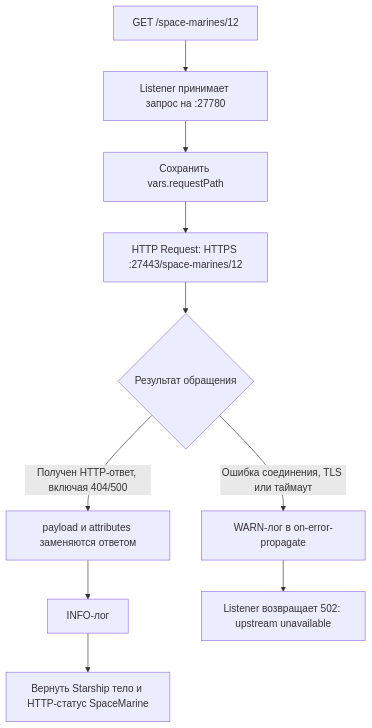
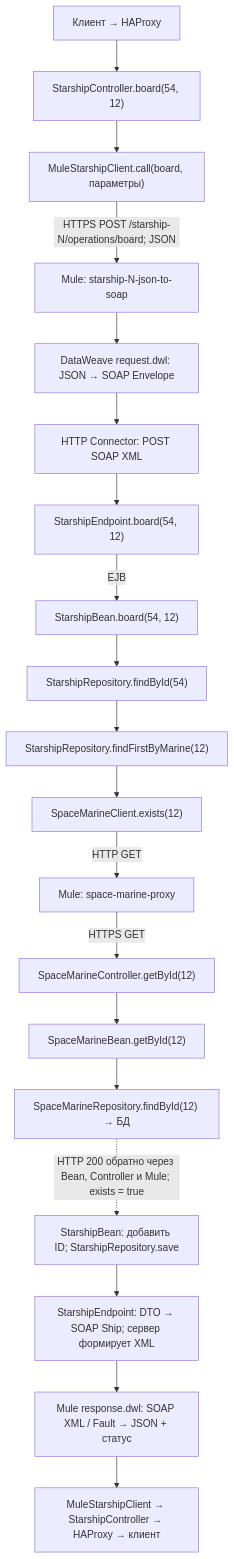
The second of 2 diagrams in README-LAB4-INTERACTION.md (arekalov/soa-labs), drawn with Mermaid before and after one commit. The commit also changed other lines of this file and 19 other files, not shown here.

Commit message:
Move Starship JSON SOAP transformations into Mule

````diff
--- a/README-LAB4-INTERACTION.md
+++ b/README-LAB4-INTERACTION.md
@@ -40,12 +29,21 @@
 ```mermaid
 flowchart TD
-    A["GET /space-marines/12"] --> B["Listener принимает запрос на :27780"]
-    B --> C["Сохранить vars.requestPath"]
-    C --> D["HTTP Request: HTTPS :27443/space-marines/12"]
-    D --> E{"Результат обращения"}
-    E -->|"Получен HTTP-ответ, включая 404/500"| F["payload и attributes заменяются ответом"]
-    F --> G["INFO-лог"]
-    G --> H["Вернуть Starship тело и HTTP-статус SpaceMarine"]
-    E -->|"Ошибка соединения, TLS или таймаут"| I["WARN-лог в on-error-propagate"]
-    I --> J["Listener возвращает 502: upstream unavailable"]
+    UI["Клиент → HAProxy"] --> C["StarshipController.board(54, 12)"]
+    C --> J["MuleStarshipClient.call(board, параметры)"]
+    J -->|"HTTPS POST /starship-N/operations/board; JSON"| M["Mule: starship-N-json-to-soap"]
+    M --> DW["DataWeave request.dwl: JSON → SOAP Envelope"]
+    DW --> HTTP["HTTP Connector: POST SOAP XML"]
+    HTTP --> EP["StarshipEndpoint.board(54, 12)"]
+    EP -->|"EJB"| BEAN["StarshipBean.board(54, 12)"]
+    BEAN --> FIND["StarshipRepository.findById(54)"]
+    FIND --> CHECK["StarshipRepository.findFirstByMarine(12)"]
+    CHECK --> CLIENT["SpaceMarineClient.exists(12)"]
+    CLIENT -->|"HTTP GET"| MP["Mule: space-marine-proxy"]
+    MP -->|"HTTPS GET"| MC["SpaceMarineController.getById(12)"]
+    MC --> MB["SpaceMarineBean.getById(12)"]
+    MB --> MR["SpaceMarineRepository.findById(12) → БД"]
+    MR -.->|"HTTP 200 обратно через Bean, Controller и Mule; exists = true"| SAVE["StarshipBean: добавить ID; StarshipRepository.save"]
+    SAVE --> OUT["StarshipEndpoint: DTO → SOAP Ship; сервер формирует XML"]
+    OUT --> RESPONSE["Mule response.dwl: SOAP XML / Fault → JSON + статус"]
+    RESPONSE --> RETURN["MuleStarshipClient → StarshipController → HAProxy → клиент"]
 ```
````
